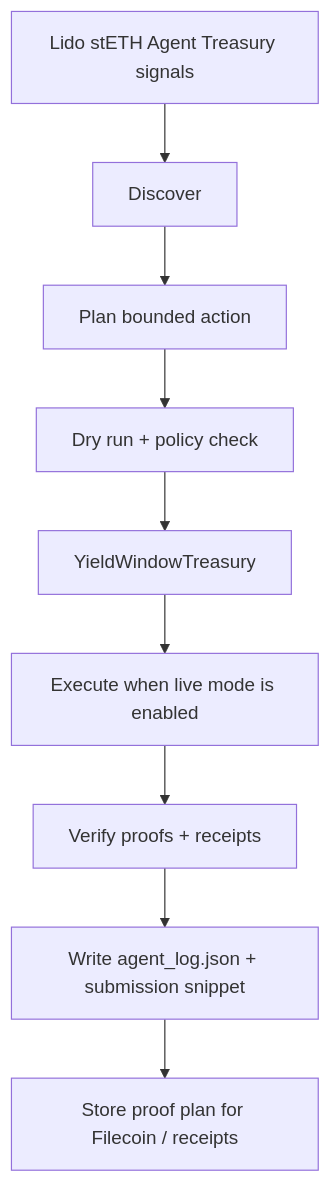
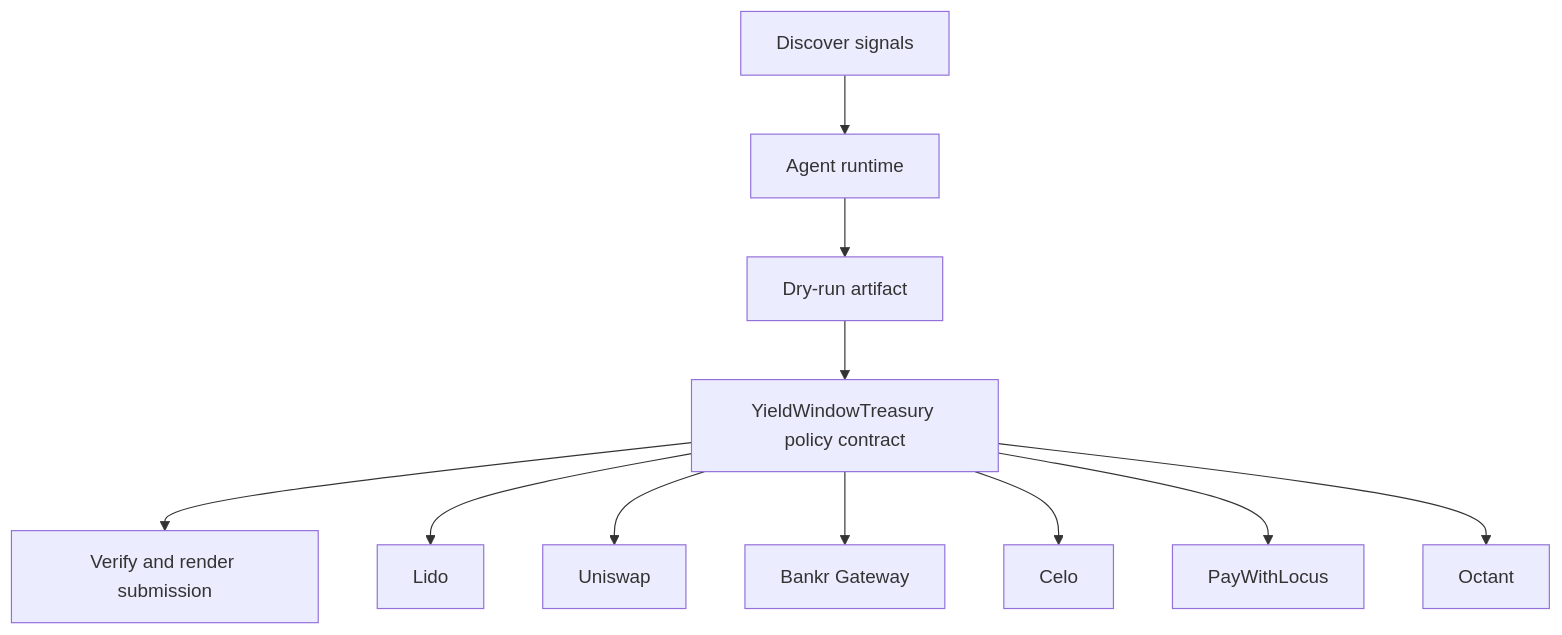
The diagram in docs/architecture.mmd (CrystallineButterfly/Synthesis-Lido-stETHTreasury), drawn with Mermaid before and after one commit. The commit also changed 998 other files, not shown here.

Commit message:
Implement bounded agent runtime

```diff
--- a/docs/architecture.mmd
+++ b/docs/architecture.mmd
@@ -1,9 +1,13 @@
 flowchart TD
-    Signals[Lido stETH Agent Treasury signals] --> Discover[Discover]
-    Discover --> Plan[Plan bounded action]
-    Plan --> DryRun[Dry run + policy check]
-    DryRun --> Guard[YieldWindowTreasury]
-    Guard --> Execute[Execute when live mode is enabled]
-    Execute --> Verify[Verify proofs + receipts]
-    Verify --> Persist[Write agent_log.json + submission snippet]
-    Persist --> Storage[Store proof plan for Filecoin / receipts]
+    Signals[Discover signals]
+    Planner[Agent runtime]
+    DryRun[Dry-run artifact]
+    Contract[YieldWindowTreasury policy contract]
+    Verify[Verify and render submission]
+    Signals --> Planner --> DryRun --> Contract --> Verify
+    Contract --> lido[Lido]
+    Contract --> uniswap[Uniswap]
+    Contract --> bankr_gateway[Bankr Gateway]
+    Contract --> celo[Celo]
+    Contract --> paywithlocus[PayWithLocus]
+    Contract --> octant[Octant]
```
